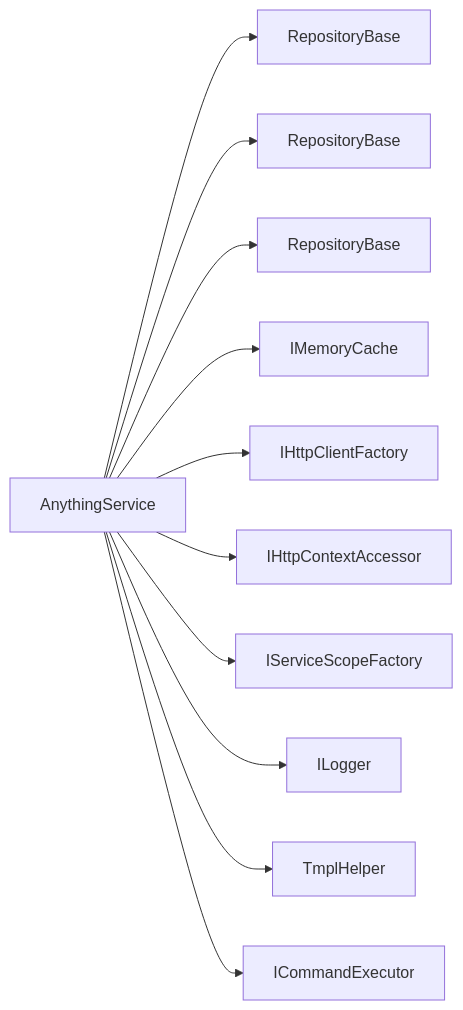
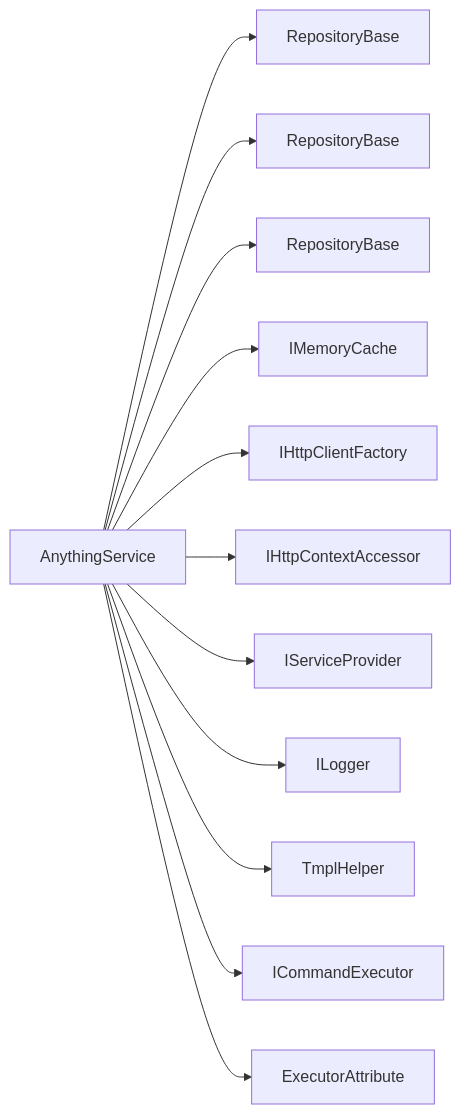
The ninth of 9 diagrams in .qoder/repowiki/zh/content/项目概述/核心特性/远程主机管理/AnythingService 核心功能.md (Sosososolong/AirGo), drawn with Mermaid before and after one commit. The commit also changed other lines of this file and 7 other files, not shown here.

````diff
--- a/.qoder/repowiki/zh/content/项目概述/核心特性/远程主机管理/AnythingService 核心功能.md
+++ b/.qoder/repowiki/zh/content/项目概述/核心特性/远程主机管理/AnythingService 核心功能.md
@@ -416,13 +444,14 @@
 ```mermaid
 graph LR
 AS["AnythingService"] --> RS["RepositoryBase<AnythingSetting>"]
 AS --> RC["RepositoryBase<AnythingCommand>"]
 AS --> RX["RepositoryBase<AnythingExecutor>"]
 AS --> MC["IMemoryCache"]
 AS --> HF["IHttpClientFactory"]
 AS --> HA["IHttpContextAccessor"]
-AS --> SSF["IServiceScopeFactory"]
+AS --> SP["IServiceProvider"]
 AS --> LOG["ILogger<AnythingService>"]
 AS --> TMPL["TmplHelper"]
 AS --> IEXEC["ICommandExecutor"]
+AS --> EATTR["ExecutorAttribute"]
 ```
````
